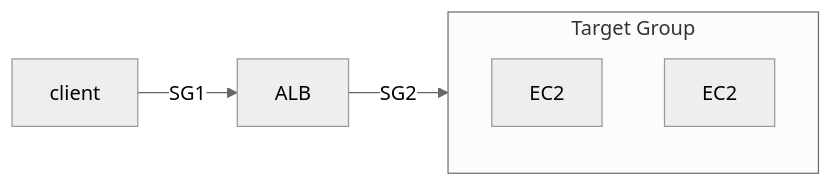
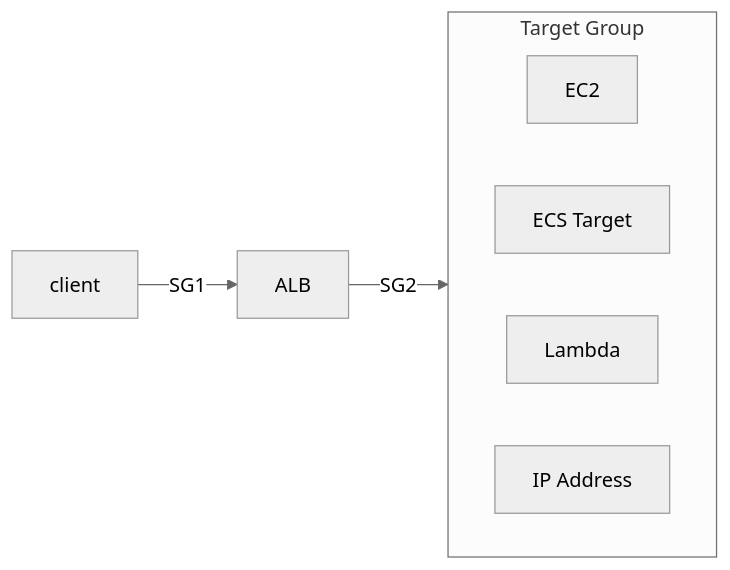
Before and after one commit to cool21540125/documentation-notes: the first of 5 diagrams in aws/ELB.md, drawn with Mermaid (neutral theme). The commit also changed other lines of this file and 9 other files, not shown here.

````diff
--- a/aws/ELB.md
+++ b/aws/ELB.md
@@ -120,11 +72,14 @@
 ```mermaid
 flowchart LR
 
 subgraph tg1["Target Group"]
+    direction LR
     t1["EC2"]
-    t2["EC2"]
+    t2["ECS Target"]
+    t3["Lambda"]
+    t4["IP Address"]
 end
 
 client -- SG1 --> ALB;
 ALB -- SG2 --> tg1;
 ```
````
